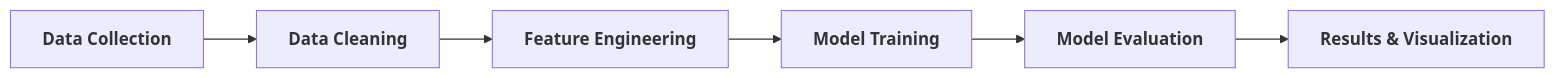
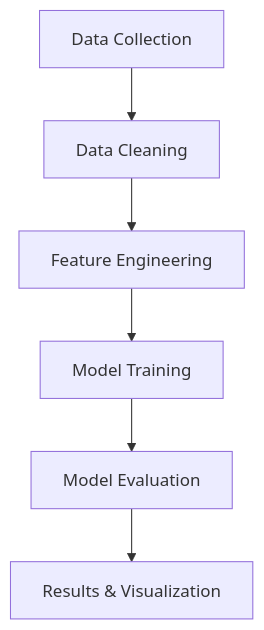
The diagram in README.md (MarcoZengg/predicting-stock-direction), drawn with Mermaid before and after one commit. The commit also changed other lines of this file, not shown here.

````diff
--- a/README.md
+++ b/README.md
@@ -106,9 +106,9 @@
 ```mermaid
-flowchart LR
-  data["<b>Data Collection</b>"]
-    --> cleaning["<b>Data Cleaning</b>"]
-    --> features["<b>Feature Engineering</b>"]
-    --> models["<b>Model Training</b>"]
-    --> evaluation["<b>Model Evaluation</b>"]
-    --> results["<b>Results & Visualization</b>"]
+flowchart TB
+  data["Data Collection"]
+    --> cleaning["Data Cleaning"]
+    --> features["Feature Engineering"]
+    --> models["Model Training"]
+    --> evaluation["Model Evaluation"]
+    --> results["Results & Visualization"]
 ```
````
